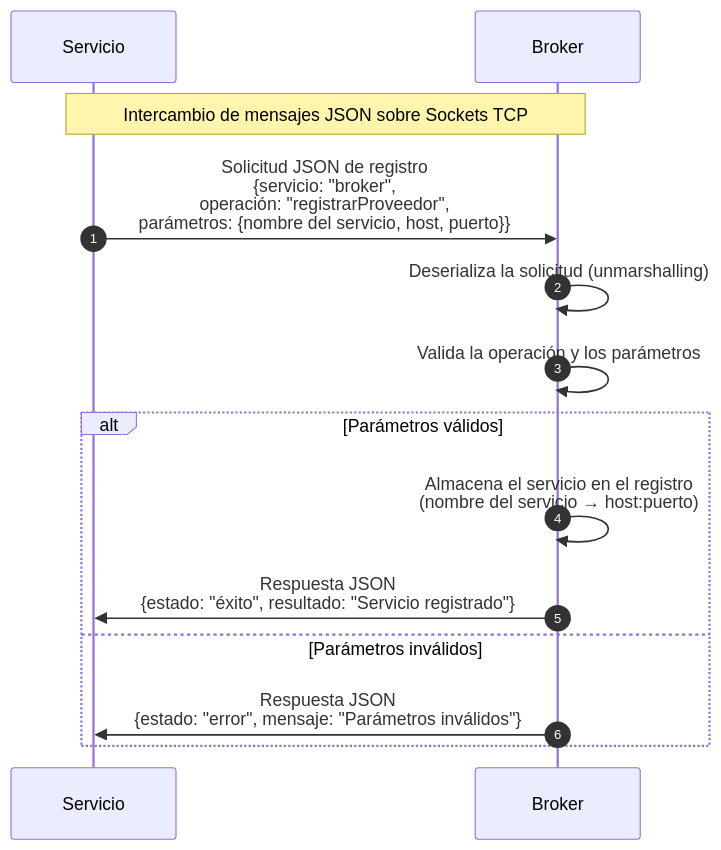
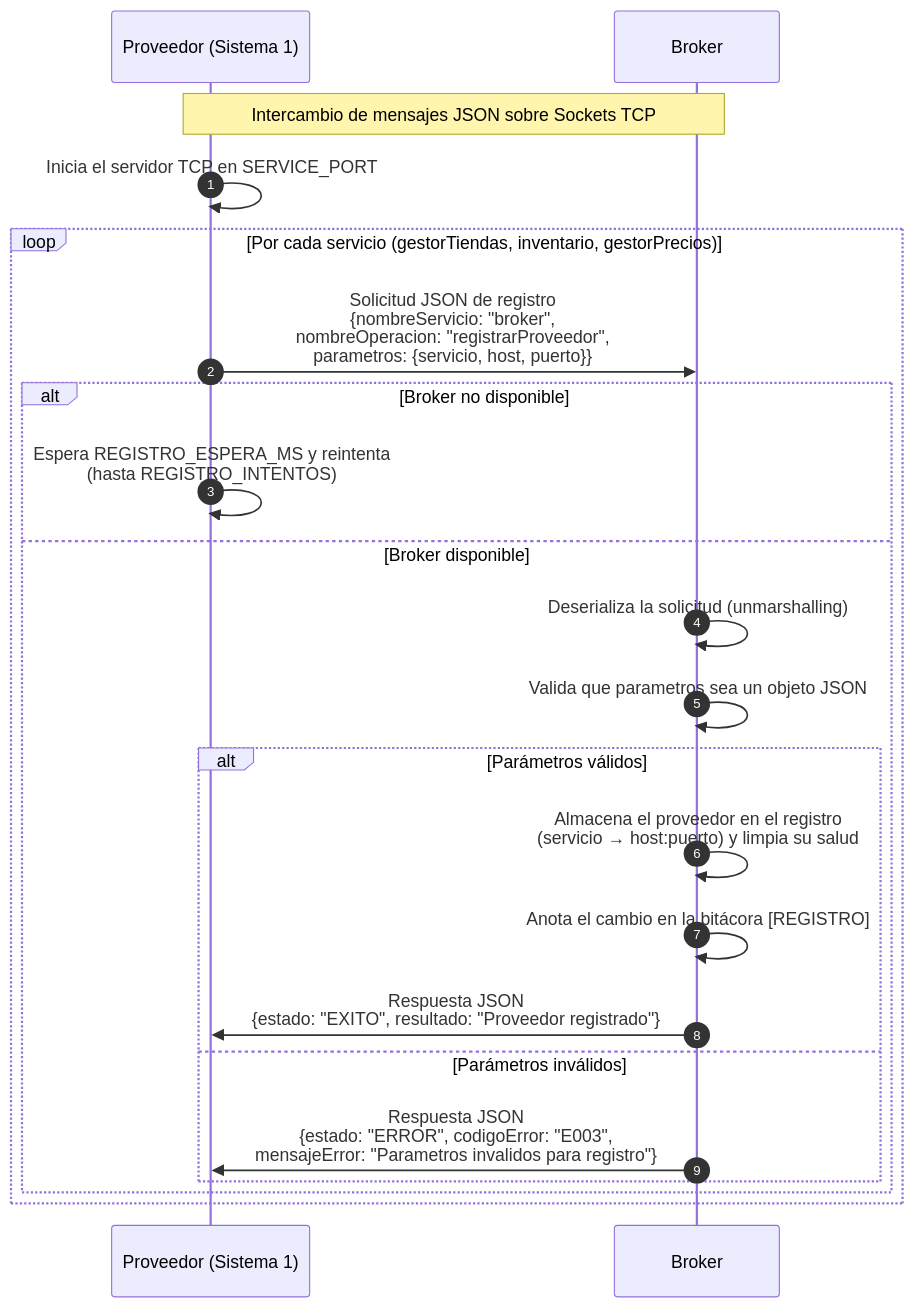
Before and after one commit to Emmanuel-Flores-Noh/Inventario-Almacenes-UADY: the diagram in docs/02_documentacion_final/diagramas/RegistrarServicio.mmd, drawn with Mermaid. The commit also changed 86 other files, not shown here.

Commit message:
Scaffolding, Diagramas de secuencia, Instrucciones de compilacion, evidencia de pruebas

```diff
--- a/docs/02_documentacion_final/diagramas/RegistrarServicio.mmd
+++ b/docs/02_documentacion_final/diagramas/RegistrarServicio.mmd
@@ -1,18 +1,27 @@
 sequenceDiagram
     autonumber
-    participant S as Servicio
+    participant S as Proveedor (Sistema 1)
     participant B as Broker
 
     Note over S,B: Intercambio de mensajes JSON sobre Sockets TCP
 
-    S->>B: Solicitud JSON de registro<br/>{servicio: "broker",<br/>operación: "registrarProveedor",<br/>parámetros: {nombre del servicio, host, puerto}}
+    S->>S: Inicia el servidor TCP en SERVICE_PORT
 
-    B->>B: Deserializa la solicitud (unmarshalling)
-    B->>B: Valida la operación y los parámetros
+    loop Por cada servicio (gestorTiendas, inventario, gestorPrecios)
+        S->>B: Solicitud JSON de registro<br/>{nombreServicio: "broker",<br/>nombreOperacion: "registrarProveedor",<br/>parametros: {servicio, host, puerto}}
 
-    alt Parámetros válidos
-        B->>B: Almacena el servicio en el registro<br/>(nombre del servicio → host:puerto)
-        B->>S: Respuesta JSON<br/>{estado: "éxito", resultado: "Servicio registrado"}
-    else Parámetros inválidos
-        B->>S: Respuesta JSON<br/>{estado: "error", mensaje: "Parámetros inválidos"}
+        alt Broker no disponible
+            S->>S: Espera REGISTRO_ESPERA_MS y reintenta<br/>(hasta REGISTRO_INTENTOS)
+        else Broker disponible
+            B->>B: Deserializa la solicitud (unmarshalling)
+            B->>B: Valida que parametros sea un objeto JSON
+
+            alt Parámetros válidos
+                B->>B: Almacena el proveedor en el registro<br/>(servicio → host:puerto) y limpia su salud
+                B->>B: Anota el cambio en la bitácora [REGISTRO]
+                B->>S: Respuesta JSON<br/>{estado: "EXITO", resultado: "Proveedor registrado"}
+            else Parámetros inválidos
+                B->>S: Respuesta JSON<br/>{estado: "ERROR", codigoError: "E003",<br/>mensajeError: "Parametros invalidos para registro"}
+            end
+        end
     end
```
